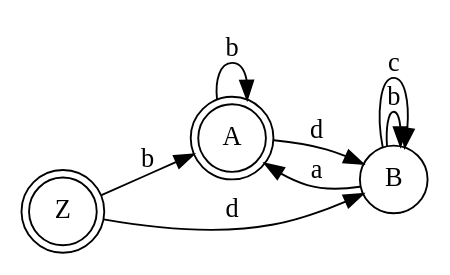
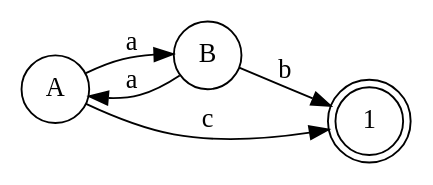
One commit to kingpijamas/tla-tp1 changed the diagram in out.dot. Above: the diagram before and after it, drawn with Graphviz. The commit also changed 9 other files, not shown here.

```diff
--- a/out.dot
+++ b/out.dot
@@ -1,19 +1,16 @@
 digraph {
 rankdir = "LR";	 //De izquierda a derecha
 
 //Nodos
-node	[shape=doublecircle] NodeZ [label="Z"];
-node	[shape=doublecircle] NodeA [label="A"];
+node	[shape=circle] NodeA [label="A"];
 node	[shape=circle] NodeB [label="B"];
+node	[shape=doublecircle] Node1 [label="1"];
 
 
 //Transiciones
-NodeZ -> NodeA [label="b"];
-NodeZ -> NodeB [label="d"];
-NodeA -> NodeA [label="b"];
-NodeA -> NodeB [label="d"];
+NodeA -> NodeB [label="a"];
+NodeA -> Node1 [label="c"];
 NodeB -> NodeA [label="a"];
-NodeB -> NodeB [label="b"];
-NodeB -> NodeB [label="c"];
+NodeB -> Node1 [label="b"];
 
 }
```
